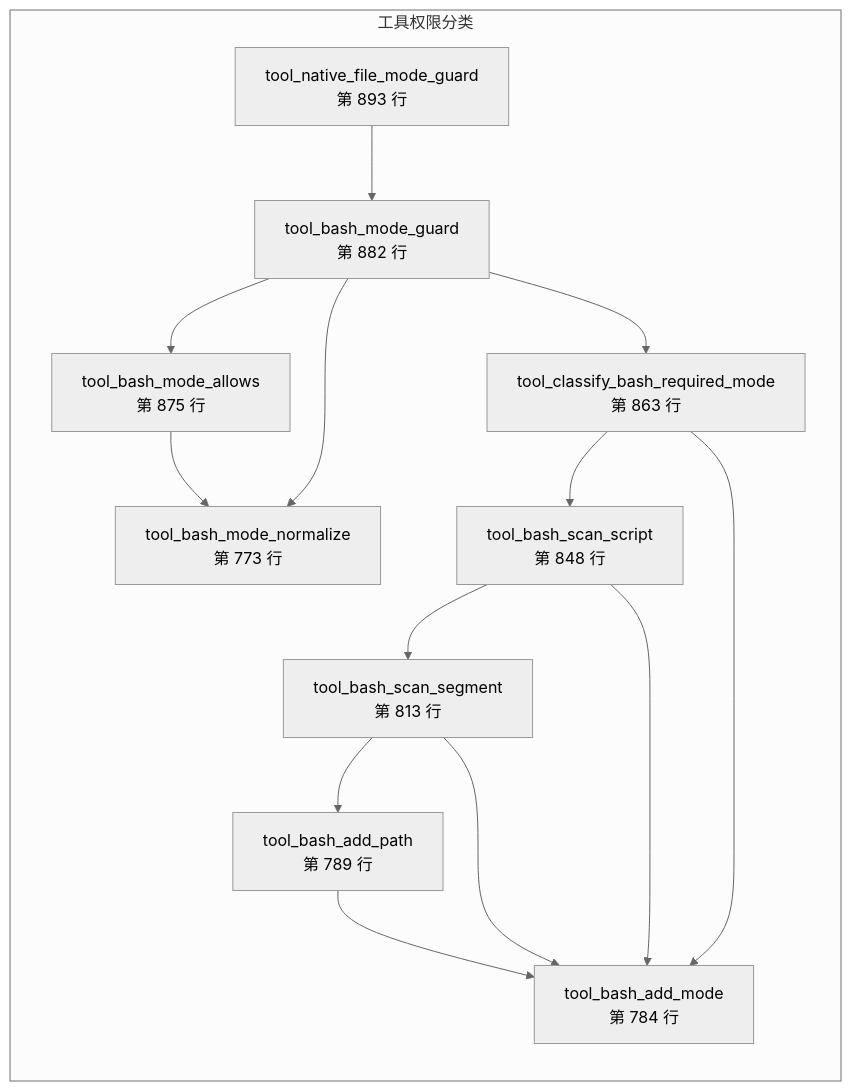
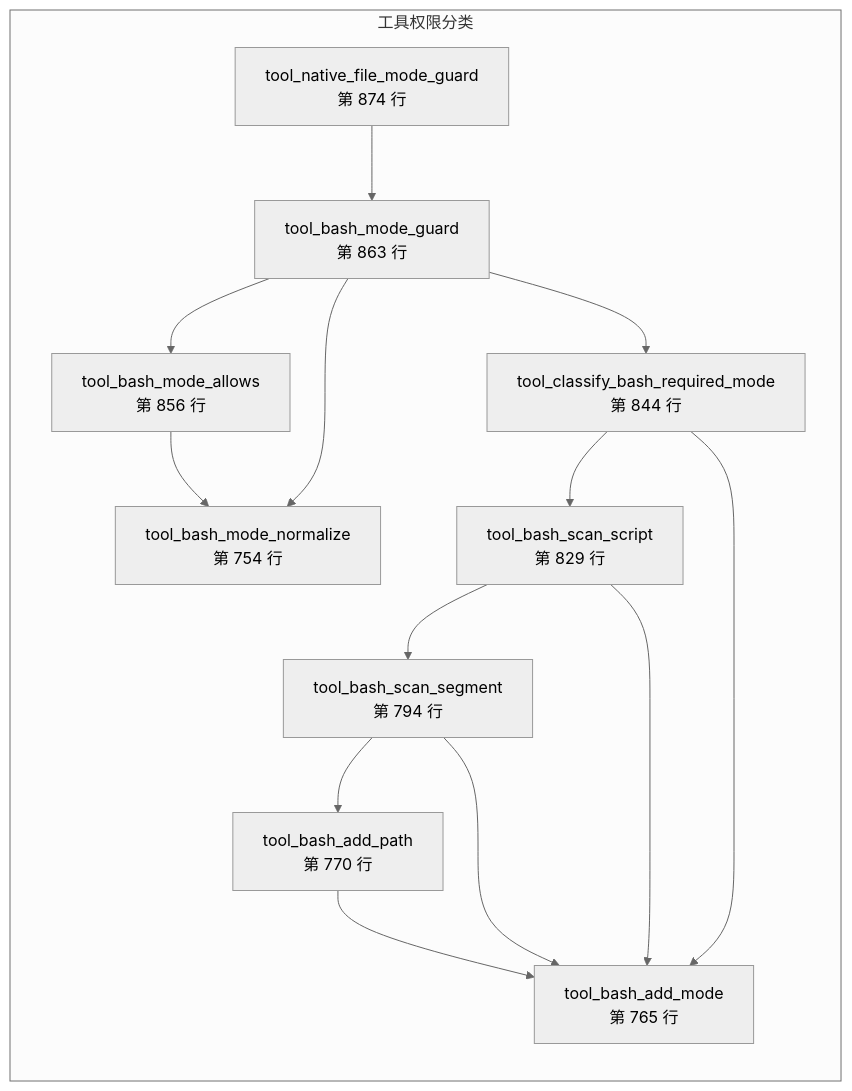
The tenth of 15 diagrams in docs/bash-data-flow.md (lloydzhou/bash-agent), drawn with Mermaid (neutral theme) before and after one commit. The commit also changed other lines of this file and 3 other files, not shown here.

````diff
--- a/docs/bash-data-flow.md
+++ b/docs/bash-data-flow.md
@@ -414,26 +411,26 @@
 ```mermaid
 flowchart LR
   subgraph mod_8["工具权限分类"]
-    f_tool_bash_mode_normalize["tool_bash_mode_normalize<br/>第 773 行"]
-    f_tool_bash_add_mode["tool_bash_add_mode<br/>第 784 行"]
-    f_tool_bash_add_path["tool_bash_add_path<br/>第 789 行"]
-    f_tool_bash_scan_segment["tool_bash_scan_segment<br/>第 813 行"]
-    f_tool_bash_scan_script["tool_bash_scan_script<br/>第 848 行"]
-    f_tool_classify_bash_required_mode["tool_classify_bash_required_mode<br/>第 863 行"]
-    f_tool_bash_mode_allows["tool_bash_mode_allows<br/>第 875 行"]
-    f_tool_bash_mode_guard["tool_bash_mode_guard<br/>第 882 行"]
-    f_tool_native_file_mode_guard["tool_native_file_mode_guard<br/>第 893 行"]
+    f_tool_bash_mode_normalize["tool_bash_mode_normalize<br/>第 754 行"]
+    f_tool_bash_add_mode["tool_bash_add_mode<br/>第 765 行"]
+    f_tool_bash_add_path["tool_bash_add_path<br/>第 770 行"]
+    f_tool_bash_scan_segment["tool_bash_scan_segment<br/>第 794 行"]
+    f_tool_bash_scan_script["tool_bash_scan_script<br/>第 829 行"]
+    f_tool_classify_bash_required_mode["tool_classify_bash_required_mode<br/>第 844 行"]
+    f_tool_bash_mode_allows["tool_bash_mode_allows<br/>第 856 行"]
+    f_tool_bash_mode_guard["tool_bash_mode_guard<br/>第 863 行"]
+    f_tool_native_file_mode_guard["tool_native_file_mode_guard<br/>第 874 行"]
   end
   f_tool_bash_add_path --> f_tool_bash_add_mode
   f_tool_bash_scan_segment --> f_tool_bash_add_mode
   f_tool_bash_scan_segment --> f_tool_bash_add_path
   f_tool_bash_scan_script --> f_tool_bash_add_mode
   f_tool_bash_scan_script --> f_tool_bash_scan_segment
   f_tool_classify_bash_required_mode --> f_tool_bash_scan_script
   f_tool_classify_bash_required_mode --> f_tool_bash_add_mode
   f_tool_bash_mode_allows --> f_tool_bash_mode_normalize
   f_tool_bash_mode_guard --> f_tool_bash_mode_normalize
   f_tool_bash_mode_guard --> f_tool_classify_bash_required_mode
   f_tool_bash_mode_guard --> f_tool_bash_mode_allows
   f_tool_native_file_mode_guard --> f_tool_bash_mode_guard
 ```
````
